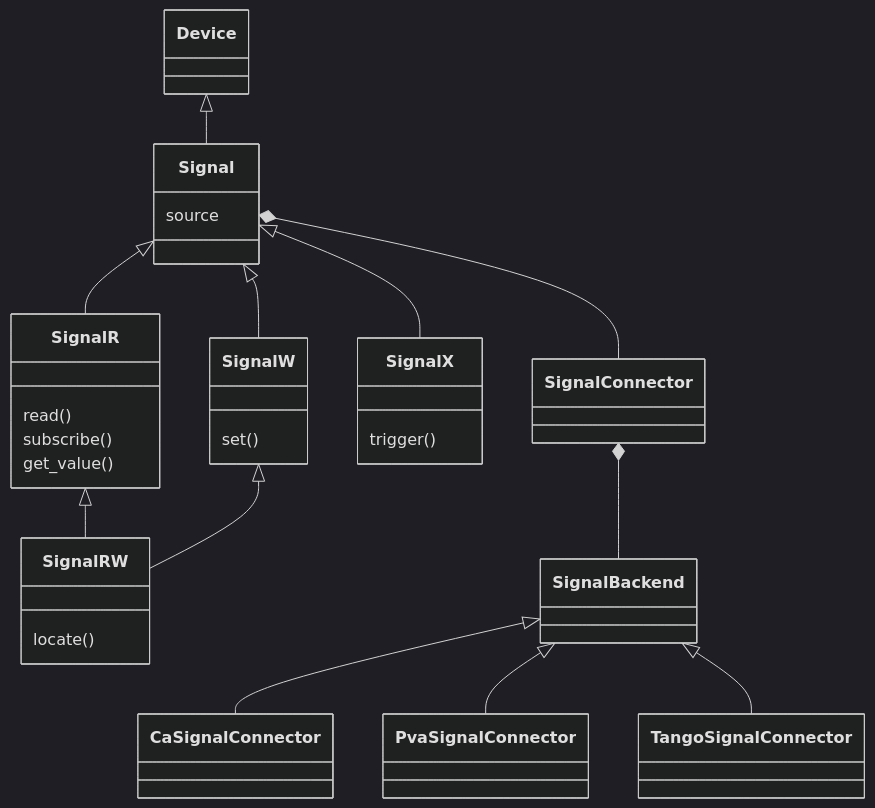
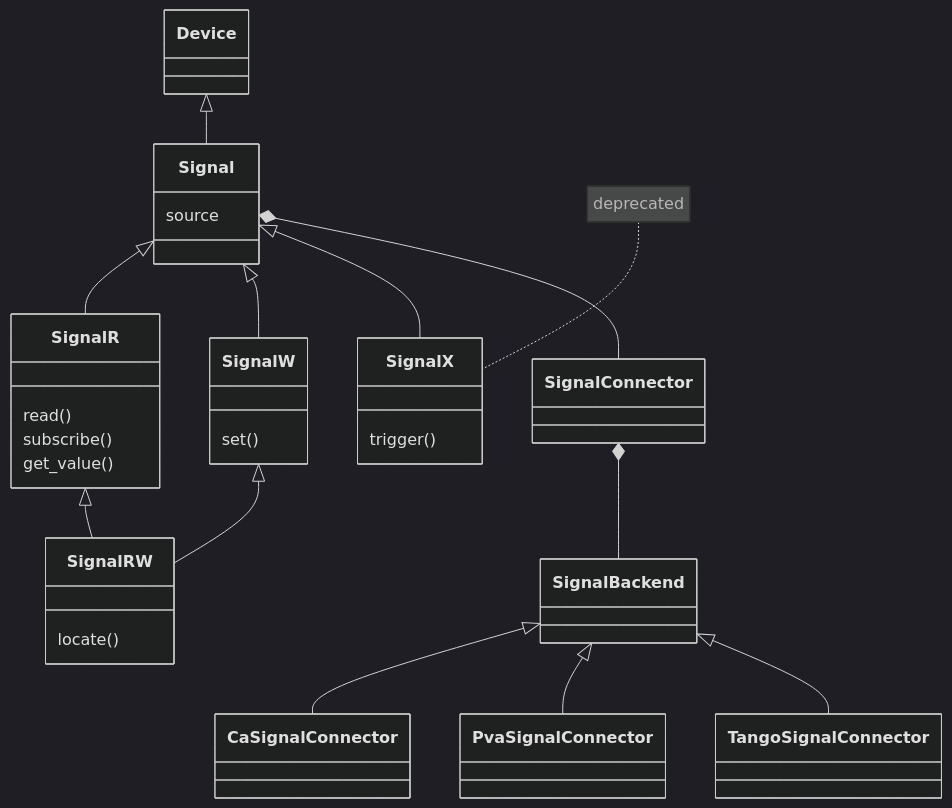
The second of 4 diagrams in docs/explanations/devices-signals-backends.md (bluesky/ophyd-async), drawn with Mermaid (dark theme) before and after one commit. The commit also changed other lines of this file and 4 other files, not shown here.

````diff
--- a/docs/explanations/devices-signals-backends.md
+++ b/docs/explanations/devices-signals-backends.md
@@ -40,23 +40,24 @@
 ```{mermaid}
 :config: { "theme": "neutral" }
 :align: center
 classDiagram
 Device <|-- Signal
 Signal : source
 Signal <|-- SignalR
 SignalR : read()
 SignalR : subscribe()
 SignalR : get_value()
 Signal <|-- SignalW
 SignalW : set()
 SignalR <|-- SignalRW
 SignalW <|-- SignalRW
 SignalRW : locate()
 Signal <|-- SignalX
 SignalX : trigger()
+note for SignalX "deprecated"
 Signal *-- SignalConnector
 SignalConnector *-- SignalBackend
 SignalBackend <|-- CaSignalConnector
 SignalBackend <|-- PvaSignalConnector
 SignalBackend <|-- TangoSignalConnector
 ```
````
